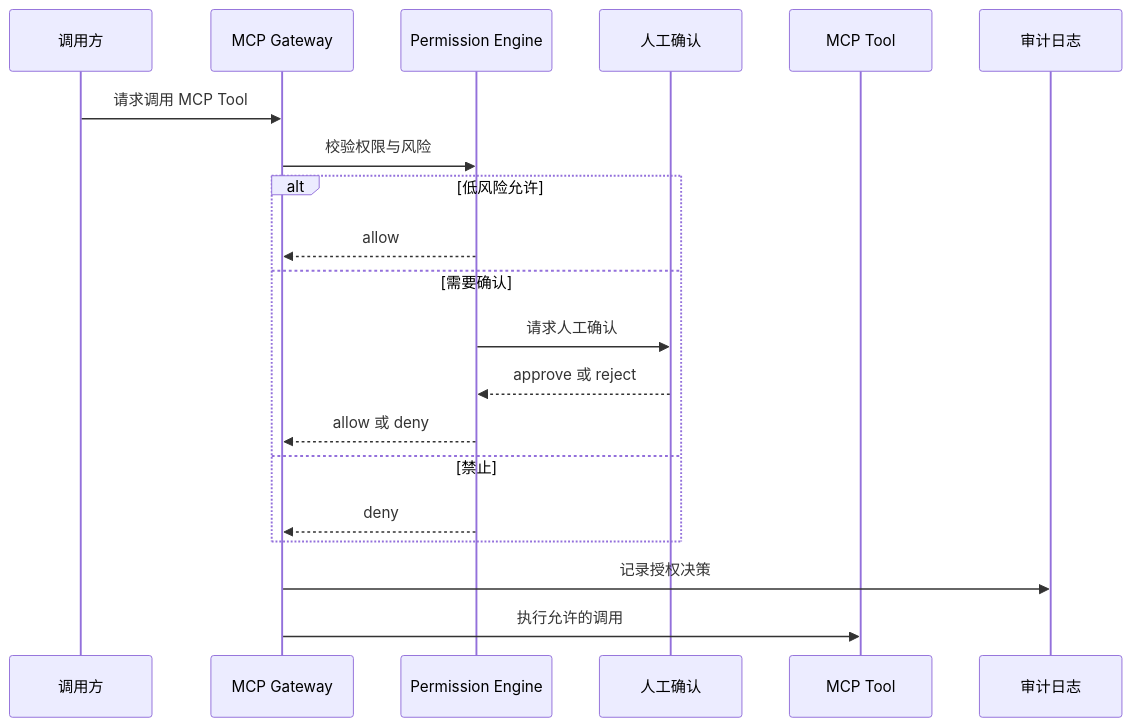
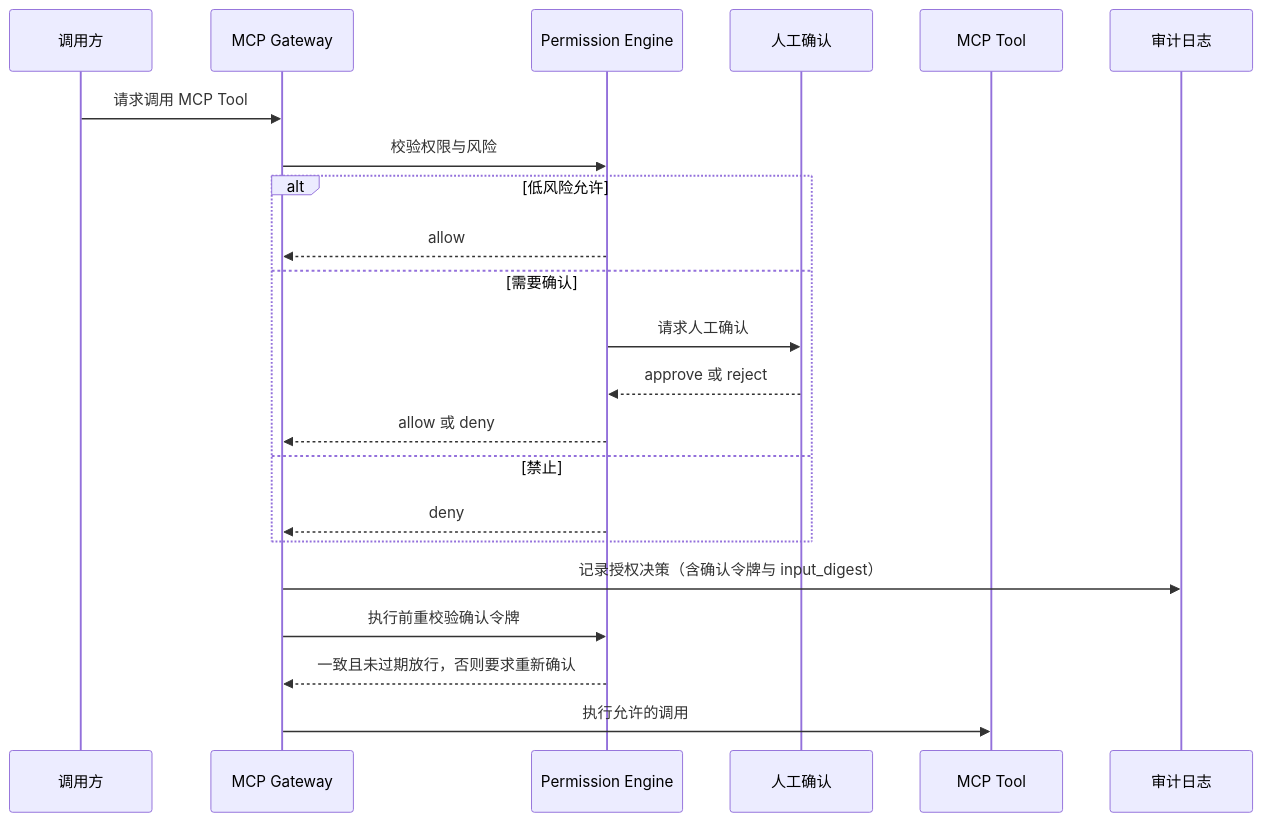
One commit to StanlySGY/Content-Factory changed the eighth of 11 diagrams in docs/05-mcp/mcp-architecture.md. Above: the diagram before and after it, drawn with Mermaid. The commit also changed other lines of this file and 7 other files, not shown here.

````diff
--- a/docs/05-mcp/mcp-architecture.md
+++ b/docs/05-mcp/mcp-architecture.md
@@ -348,23 +348,25 @@
 ```mermaid
 sequenceDiagram
     participant Caller as 调用方
     participant Gateway as MCP Gateway
     participant Policy as Permission Engine
     participant Confirm as 人工确认
     participant Tool as MCP Tool
     participant Audit as 审计日志
 
     Caller->>Gateway: 请求调用 MCP Tool
     Gateway->>Policy: 校验权限与风险
     alt 低风险允许
         Policy-->>Gateway: allow
     else 需要确认
         Policy->>Confirm: 请求人工确认
         Confirm-->>Policy: approve 或 reject
         Policy-->>Gateway: allow 或 deny
     else 禁止
         Policy-->>Gateway: deny
     end
-    Gateway->>Audit: 记录授权决策
+    Gateway->>Audit: 记录授权决策（含确认令牌与 input_digest）
+    Gateway->>Policy: 执行前重校验确认令牌
+    Policy-->>Gateway: 一致且未过期放行，否则要求重新确认
     Gateway->>Tool: 执行允许的调用
 ```
````
